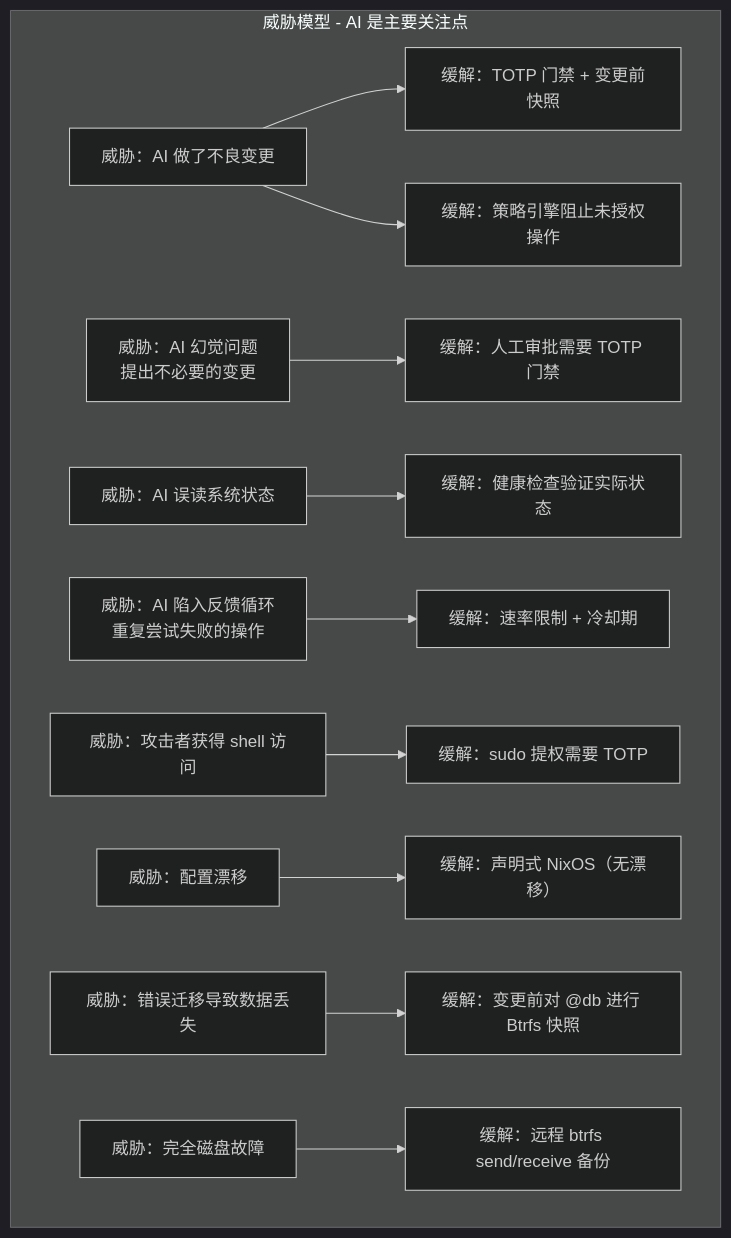
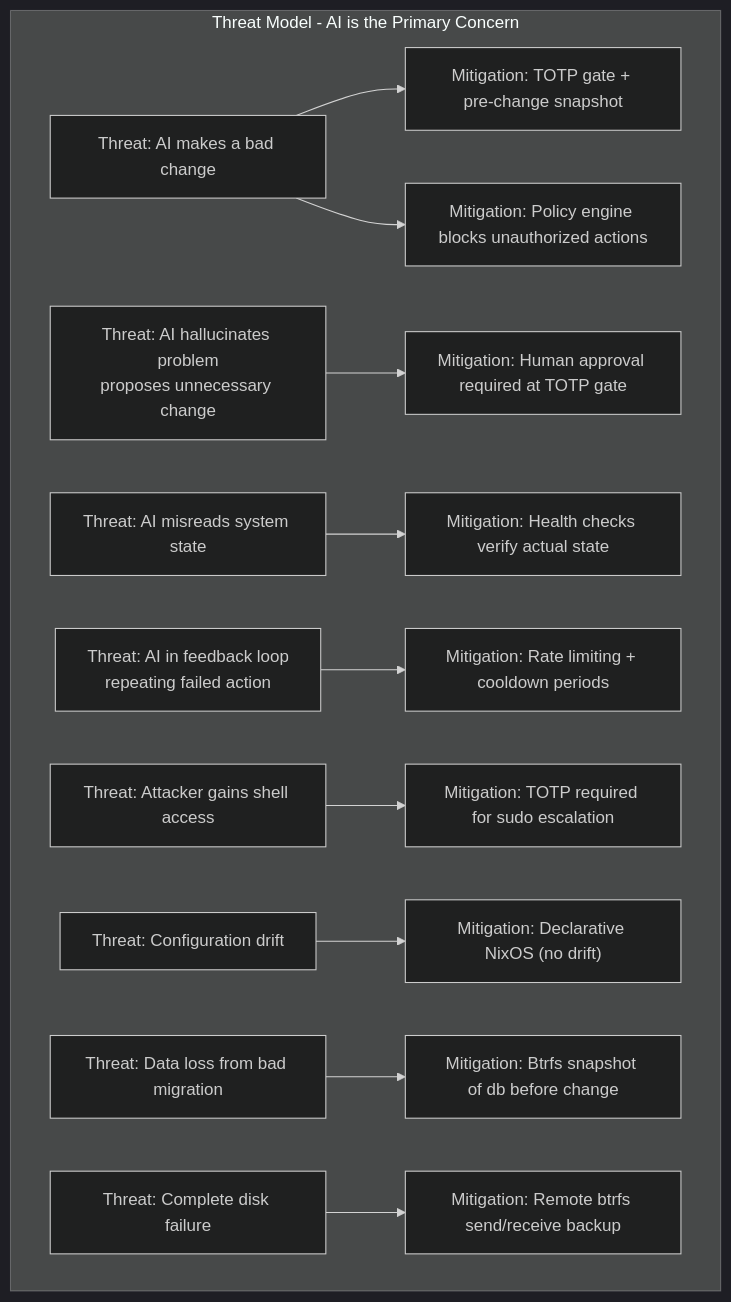
Before and after one commit to stars-labs/self-healing-nixos-infra: diagram 11 of 12 in i18n/zh/docusaurus-plugin-content-docs/current/architecture.md, drawn with Mermaid (dark theme). The commit also changed other lines of this file and 15 other files, not shown here.

First line of the commit message:
Fix Mermaid parse errors in Chinese docs

````diff
--- a/i18n/zh/docusaurus-plugin-content-docs/current/architecture.md
+++ b/i18n/zh/docusaurus-plugin-content-docs/current/architecture.md
@@ -647,14 +647,14 @@
 ```mermaid
 flowchart TB
-    subgraph Threats["威胁模型 - AI 是主要关注点"]
-        A[威胁：AI 做了不良变更] --> A1[缓解：TOTP 门禁 + 变更前快照]
-        A --> A2[缓解：策略引擎阻止未授权操作]
-        B[威胁：AI 幻觉问题<br/>提出不必要的变更] --> B1[缓解：人工审批需要 TOTP 门禁]
-        C[威胁：AI 误读系统状态] --> C1[缓解：健康检查验证实际状态]
-        D[威胁：AI 陷入反馈循环<br/>重复尝试失败的操作] --> D1[缓解：速率限制 + 冷却期]
-        E[威胁：攻击者获得 shell 访问] --> E1[缓解：sudo 提权需要 TOTP]
-        F[威胁：配置漂移] --> F1[缓解：声明式 NixOS（无漂移）]
-        G[威胁：错误迁移导致数据丢失] --> G1[缓解：变更前对 @db 进行 Btrfs 快照]
-        H[威胁：完全磁盘故障] --> H1[缓解：远程 btrfs send/receive 备份]
+    subgraph Threats["Threat Model - AI is the Primary Concern"]
+        A[Threat: AI makes a bad change] --> A1[Mitigation: TOTP gate + pre-change snapshot]
+        A --> A2[Mitigation: Policy engine blocks unauthorized actions]
+        B[Threat: AI hallucinates problem<br/>proposes unnecessary change] --> B1[Mitigation: Human approval required at TOTP gate]
+        C[Threat: AI misreads system state] --> C1[Mitigation: Health checks verify actual state]
+        D[Threat: AI in feedback loop<br/>repeating failed action] --> D1[Mitigation: Rate limiting + cooldown periods]
+        E[Threat: Attacker gains shell access] --> E1[Mitigation: TOTP required for sudo escalation]
+        F[Threat: Configuration drift] --> F1["Mitigation: Declarative NixOS (no drift)"]
+        G[Threat: Data loss from bad migration] --> G1[Mitigation: Btrfs snapshot of db before change]
+        H[Threat: Complete disk failure] --> H1[Mitigation: Remote btrfs send/receive backup]
     end
 ```
````
